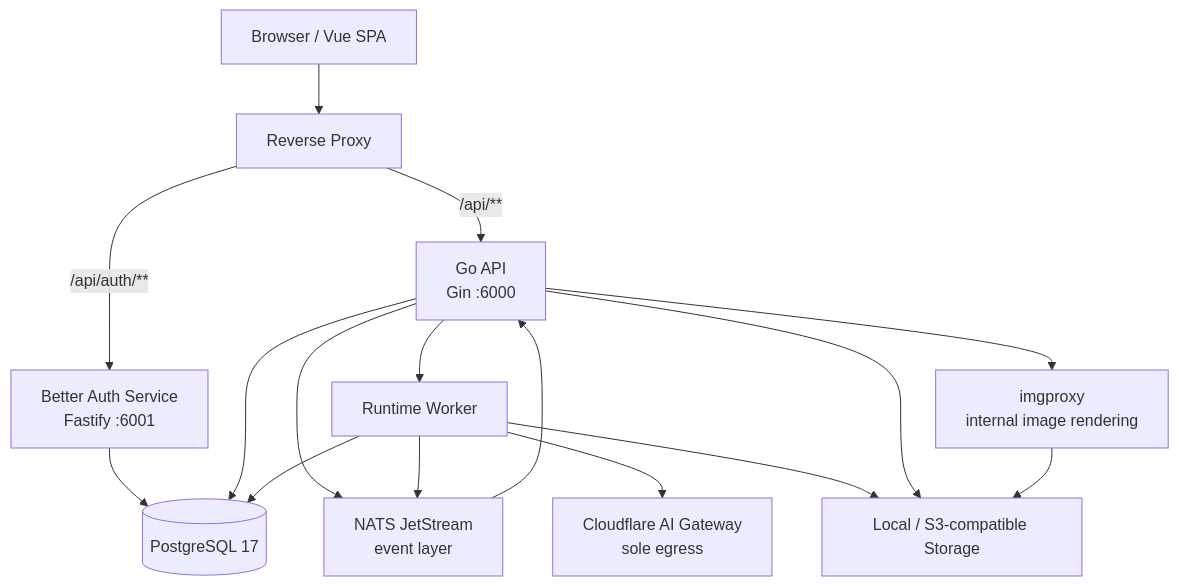
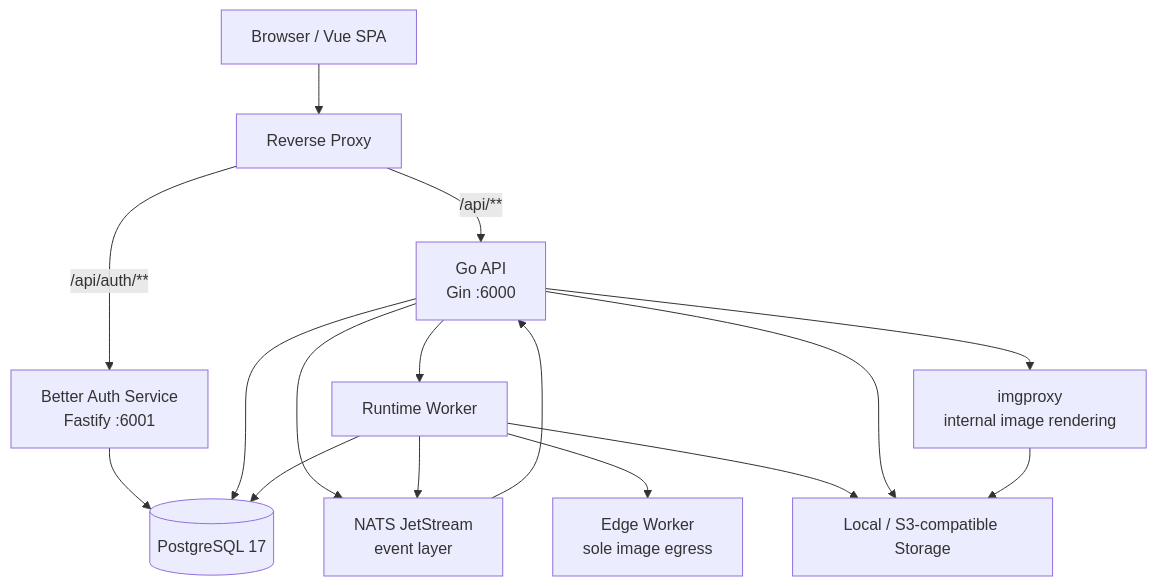
One commit to Ericsunsk/IdeaBoard changed the diagram in DESIGN.md. Above: the diagram before and after it, drawn with Mermaid. The commit also changed other lines of this file and 117 other files, not shown here.

````diff
--- a/DESIGN.md
+++ b/DESIGN.md
@@ -26,20 +26,20 @@
 ```mermaid
 flowchart TB
     Browser["Browser / Vue SPA"] --> Proxy["Reverse Proxy"]
     Proxy -- "/api/auth/**" --> Auth["Better Auth Service<br>Fastify :6001"]
     Proxy -- "/api/**" --> API["Go API<br>Gin :6000"]
 
     Auth --> Postgres[("PostgreSQL 17")]
     API --> Postgres
     API --> NATS["NATS JetStream<br>event layer"]
     API --> Worker["Runtime Worker"]
 
     Worker --> Postgres
-    Worker --> AI["Cloudflare AI Gateway<br>sole egress"]
+    Worker --> EdgeWorker["Edge Worker<br>sole image egress"]
     Worker --> Storage["Local / S3-compatible Storage"]
     Worker --> NATS
     API --> Storage
     API --> Imgproxy["imgproxy<br>internal image rendering"]
     Imgproxy --> Storage
     NATS --> API
 ```
````
